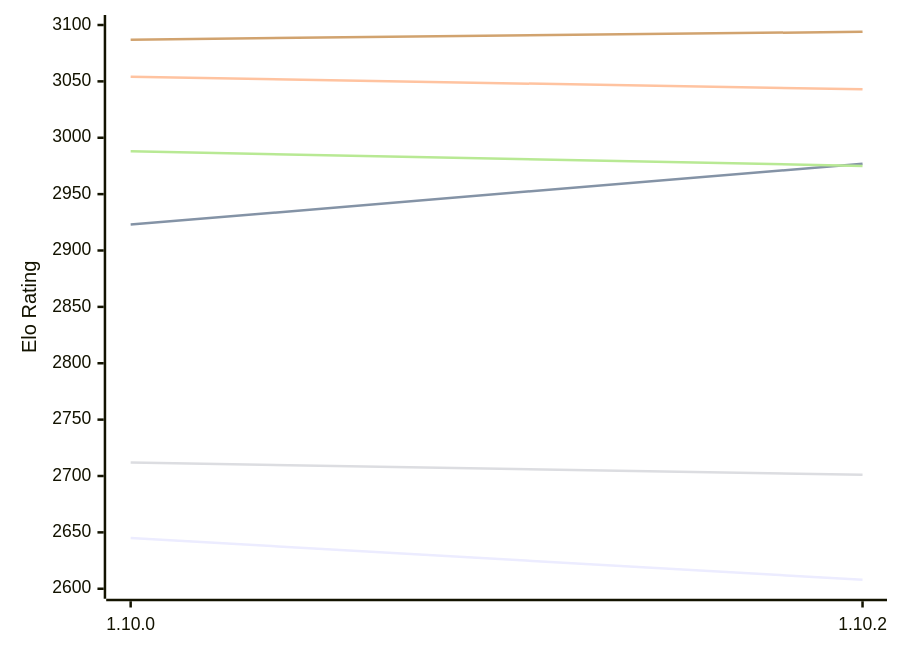
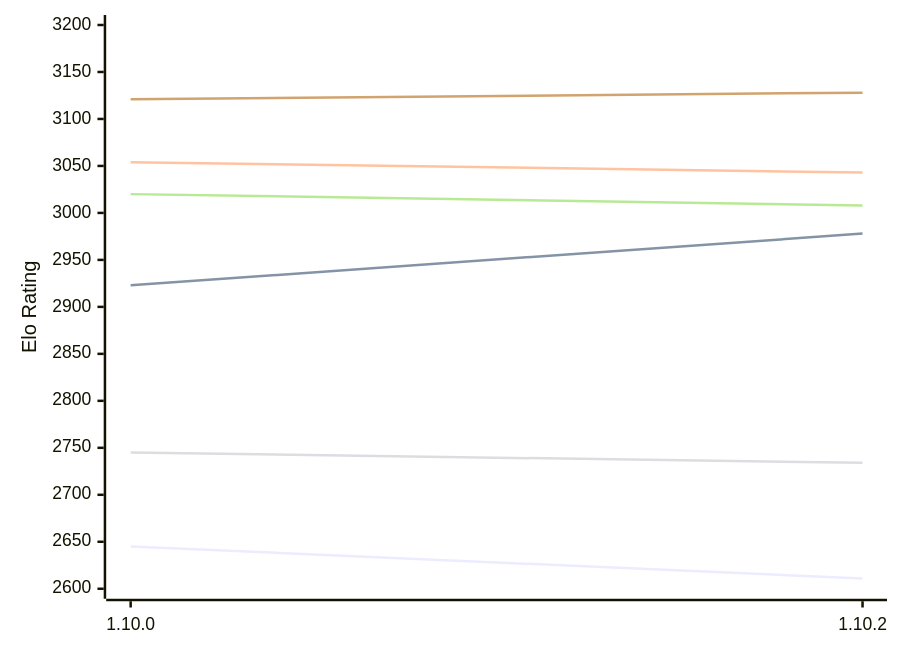
The first of 2 diagrams in engines/Basilisk.md (computer-chess-index/cci), drawn with Mermaid before and after one commit. The commit also changed other lines of this file, not shown here.

Commit message:
Update CCI Ratings (ELO VLTC) - 2026-11-05

````diff
--- a/engines/Basilisk.md
+++ b/engines/Basilisk.md
@@ -61,12 +61,12 @@
 ```mermaid
 %%{init: {"theme":"base","themeVariables":{"seriesColors:['#a3a3a3','#222221','#faa371']}}}%%
 xychart-beta
   x-axis ["1.10.0", "1.10.2"]
-  y-axis "Elo Rating" 2600 --> 3100
-  line "E1: STC (8.0+0.08s)" [2645, 2608]
-  line "E1: LTC (60.0+0.60s)" [2923, 2977]
+  y-axis "Elo Rating" 2600 --> 3200
+  line "E1: STC (8.0+0.08s)" [2645, 2611]
+  line "E1: LTC (60.0+0.60s)" [2923, 2978]
   line "E1: VLTC (2m24s+1.12s)" [3054, 3043]
-  line "P1: STC (8.0+0.08s)" [2712, 2701]
-  line "P1: LTC (60.0+0.60s)" [2988, 2975]
-  line "P1: VLTC (2m24s+1.12s)" [3087, 3094]
+  line "P1: STC (8.0+0.08s)" [2745, 2734]
+  line "P1: LTC (60.0+0.60s)" [3020, 3008]
+  line "P1: VLTC (2m24s+1.12s)" [3121, 3128]
 ```
````
